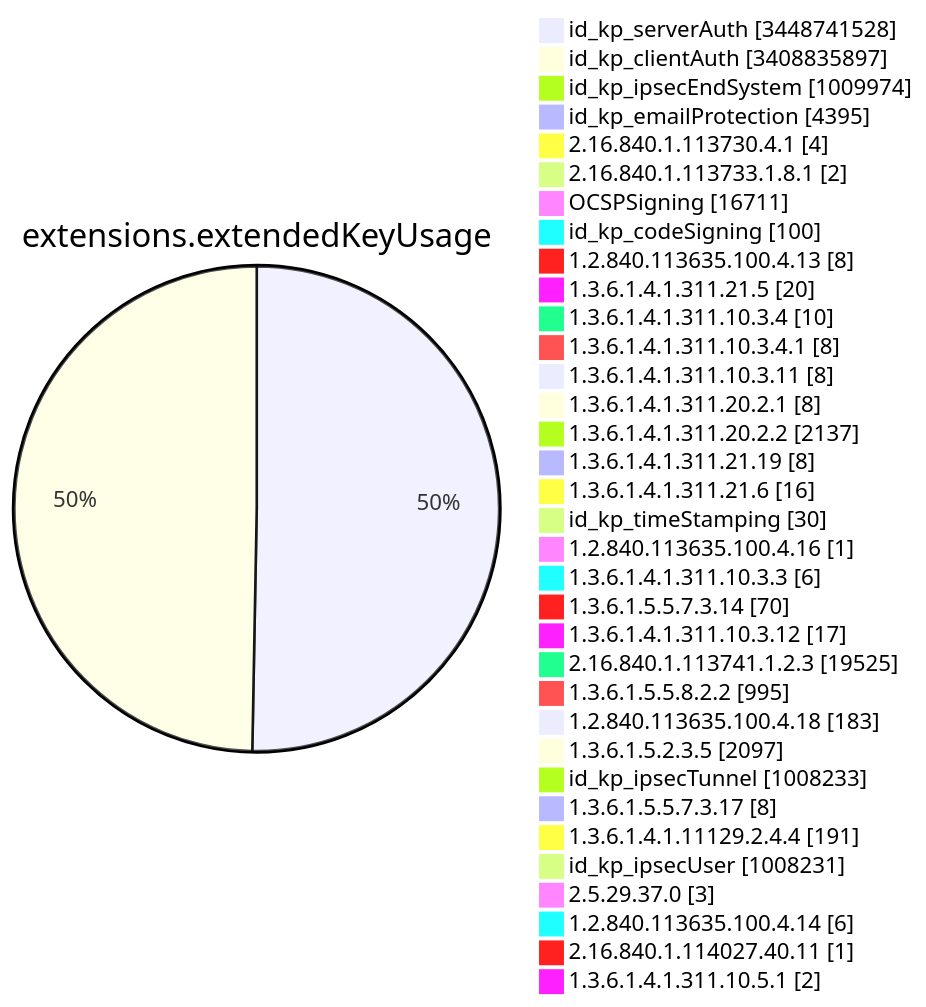
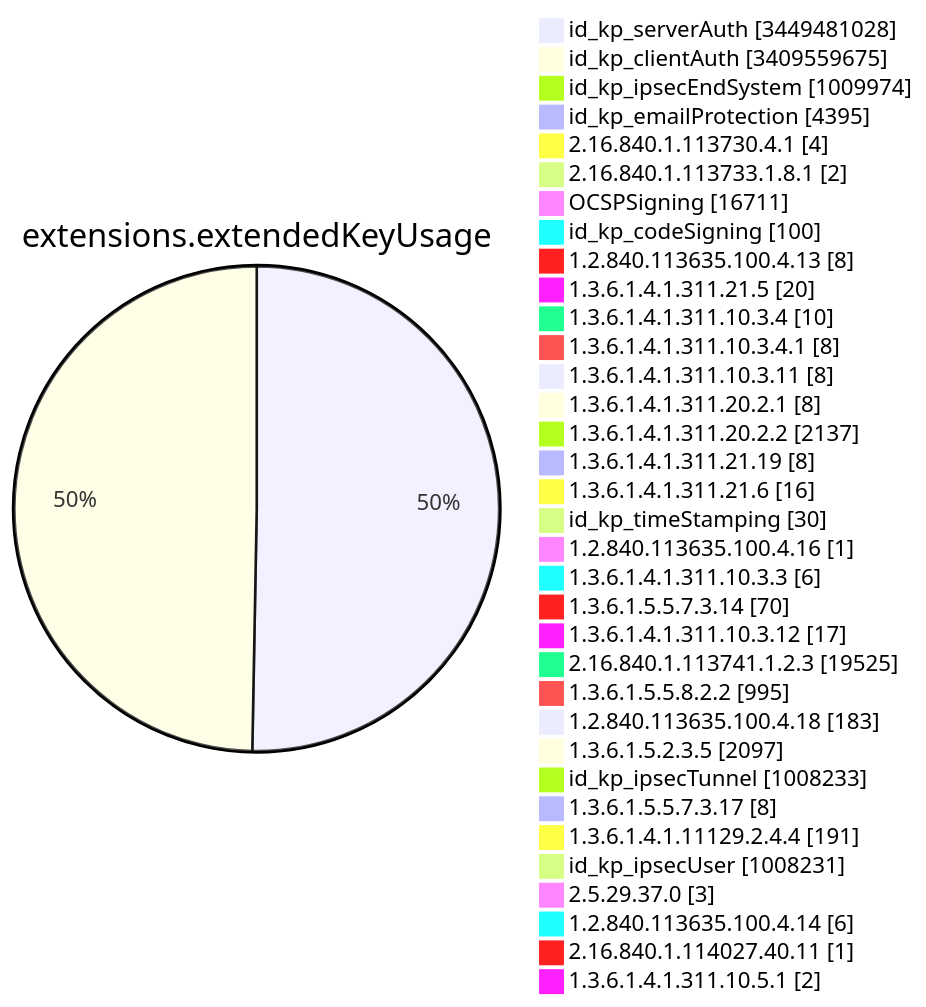
Before and after one commit to christiankrug/ctmonitor_visualization: diagram 11 of 15 in TOTAL/README.md, drawn with Mermaid. The commit also changed other lines of this file, not shown here.

````diff
--- a/TOTAL/README.md
+++ b/TOTAL/README.md
@@ -4123,38 +4123,38 @@
 ```mermaid
 pie showData
 title extensions.extendedKeyUsage
-"id_kp_serverAuth" :3448741528
-"id_kp_clientAuth" :3408835897
+"id_kp_serverAuth" :3449481028
+"id_kp_clientAuth" :3409559675
 "id_kp_ipsecEndSystem" :1009974
 "id_kp_emailProtection" :4395
 "2.16.840.1.113730.4.1" :4
 "2.16.840.1.113733.1.8.1" :2
 "OCSPSigning" :16711
 "id_kp_codeSigning" :100
 "1.2.840.113635.100.4.13" :8
 "1.3.6.1.4.1.311.21.5" :20
 "1.3.6.1.4.1.311.10.3.4" :10
 "1.3.6.1.4.1.311.10.3.4.1" :8
 "1.3.6.1.4.1.311.10.3.11" :8
 "1.3.6.1.4.1.311.20.2.1" :8
 "1.3.6.1.4.1.311.20.2.2" :2137
 "1.3.6.1.4.1.311.21.19" :8
 "1.3.6.1.4.1.311.21.6" :16
 "id_kp_timeStamping" :30
 "1.2.840.113635.100.4.16" :1
 "1.3.6.1.4.1.311.10.3.3" :6
 "1.3.6.1.5.5.7.3.14" :70
 "1.3.6.1.4.1.311.10.3.12" :17
 "2.16.840.1.113741.1.2.3" :19525
 "1.3.6.1.5.5.8.2.2" :995
 "1.2.840.113635.100.4.18" :183
 "1.3.6.1.5.2.3.5" :2097
 "id_kp_ipsecTunnel" :1008233
 "1.3.6.1.5.5.7.3.17" :8
 "1.3.6.1.4.1.11129.2.4.4" :191
 "id_kp_ipsecUser" :1008231
 "2.5.29.37.0" :3
 "1.2.840.113635.100.4.14" :6
 "2.16.840.1.114027.40.11" :1
 "1.3.6.1.4.1.311.10.5.1" :2
 ```
````
